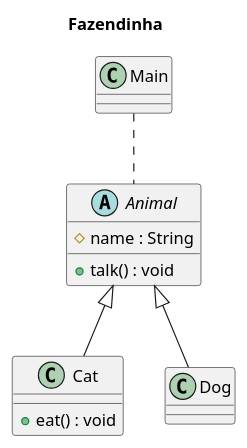
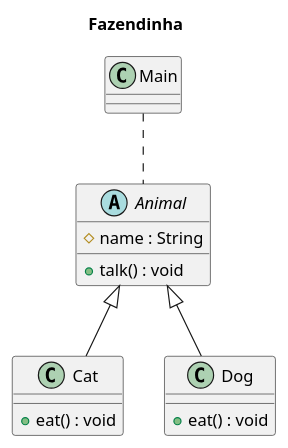
Before and after one commit to Start-DB/fazendinha: the diagram in farm.puml, drawn with PlantUML.

Commit message:
#1 Adicionando o metodo eat

```diff
--- a/farm.puml
+++ b/farm.puml
@@ -1,23 +1,26 @@
 @startuml
 title Fazendinha
 
 abstract Animal {
 # name : String
 
 + talk() : void
 }
 
 class Cat {
 
 + eat() : void
 }
 
-class Dog
+class Dog {
+
++ eat() : void
+}
 
 class Main
 
 Animal <|-- Cat
 Animal <|-- Dog
 
 Main .. Animal
 @enduml
```
